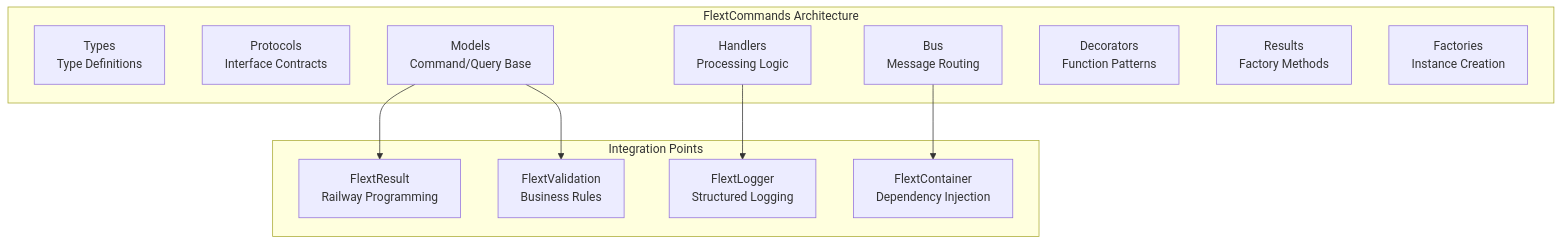
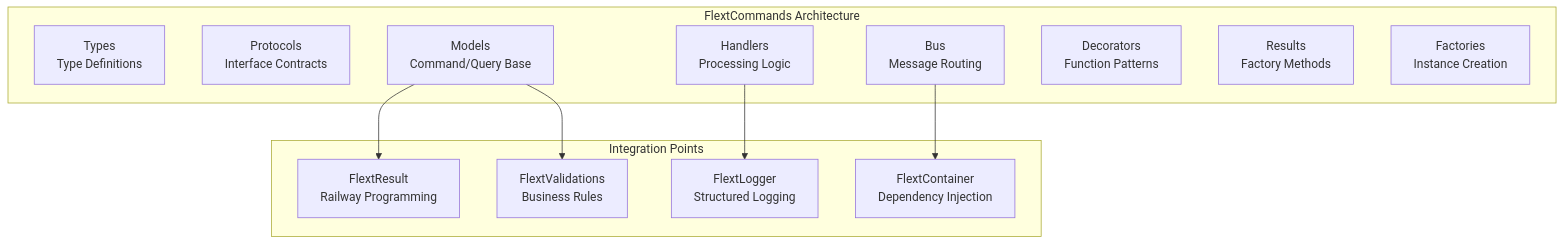
One commit to flext-sh/flext-core changed the diagram in docs/architecture/cqrs/README.md. Above: the diagram before and after it, drawn with Mermaid. The commit also changed 100 other files, not shown here.

````diff
--- a/docs/architecture/cqrs/README.md
+++ b/docs/architecture/cqrs/README.md
@@ -49,25 +49,25 @@
 ```mermaid
 graph TB
     subgraph "FlextCommands Architecture"
         Types[Types<br/>Type Definitions]
         Protocols[Protocols<br/>Interface Contracts]
         Models[Models<br/>Command/Query Base]
         Handlers[Handlers<br/>Processing Logic]
         Bus[Bus<br/>Message Routing]
         Decorators[Decorators<br/>Function Patterns]
         Results[Results<br/>Factory Methods]
         Factories[Factories<br/>Instance Creation]
     end
     
     subgraph "Integration Points"
         FlextResult[FlextResult<br/>Railway Programming]
         FlextLogger[FlextLogger<br/>Structured Logging]
         FlextContainer[FlextContainer<br/>Dependency Injection]
-        FlextValidation[FlextValidation<br/>Business Rules]
+        FlextValidations[FlextValidations<br/>Business Rules]
     end
     
     Models --> FlextResult
     Handlers --> FlextLogger
     Bus --> FlextContainer
-    Models --> FlextValidation
+    Models --> FlextValidations
 ```
````
